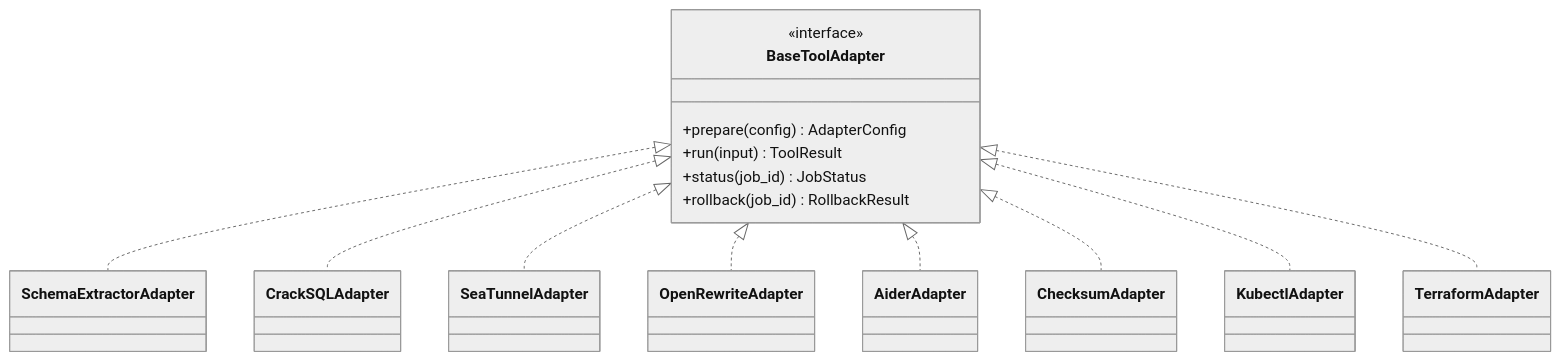
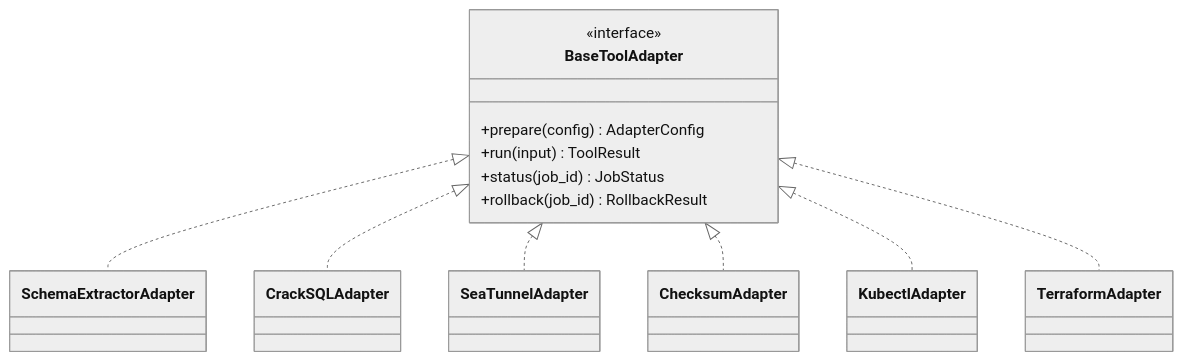
One commit to dev-patel-ness/Agentic-AI-Database-Migration changed the third of 17 diagrams in docs/architecture.md. Above: the diagram before and after it, drawn with Mermaid (neutral theme). The commit also changed other lines of this file and 10 other files, not shown here.

````diff
--- a/docs/architecture.md
+++ b/docs/architecture.md
@@ -251,27 +249,25 @@
 ```mermaid
 classDiagram
     class BaseToolAdapter {
         <<interface>>
         +prepare(config) AdapterConfig
         +run(input) ToolResult
         +status(job_id) JobStatus
         +rollback(job_id) RollbackResult
     }
     class SchemaExtractorAdapter
     class CrackSQLAdapter
     class SeaTunnelAdapter
-    class OpenRewriteAdapter
-    class AiderAdapter
+
     class ChecksumAdapter
     class KubectlAdapter
     class TerraformAdapter
 
     BaseToolAdapter <|.. SchemaExtractorAdapter
     BaseToolAdapter <|.. CrackSQLAdapter
     BaseToolAdapter <|.. SeaTunnelAdapter
-    BaseToolAdapter <|.. OpenRewriteAdapter
-    BaseToolAdapter <|.. AiderAdapter
+
     BaseToolAdapter <|.. ChecksumAdapter
     BaseToolAdapter <|.. KubectlAdapter
     BaseToolAdapter <|.. TerraformAdapter
 ```
````
